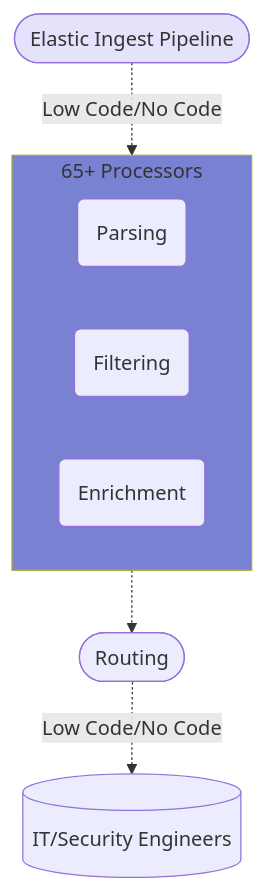
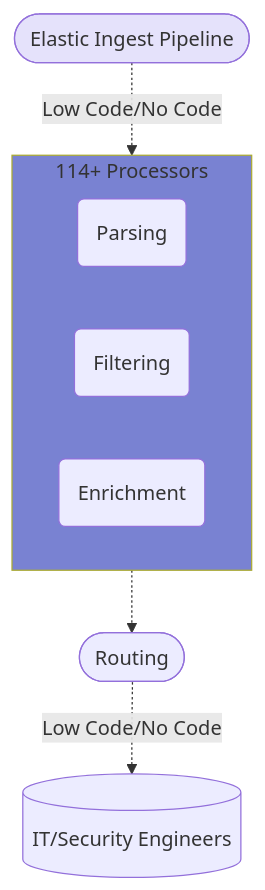
Before and after one commit to VirtualMetric/virtualmetric-docs: the seventh of 8 diagrams in docs/about/key-features.mdx, drawn with Mermaid. The commit also changed 6 other files, not shown here.

````diff
--- a/docs/about/key-features.mdx
+++ b/docs/about/key-features.mdx
@@ -297,17 +297,17 @@
 ```mermaid
 graph TD
     EIP([Elastic Ingest Pipeline])
     
-    subgraph Processors[65+ Processors]
+    subgraph Processors[114+ Processors]
         P1(Parsing)
         P2(Filtering)
         P3(Enrichment)
     end
     
     EIP -.-> |Low Code/No Code| Processors
     Processors -.-> Routing([Routing])
     Routing -.->  |Low Code/No Code| Engineers[(IT/Security Engineers)]
     
     style EIP fill:#E5E2FB
     style Processors fill:#7982D2
 ```
````
